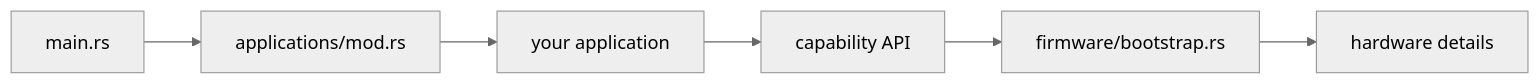
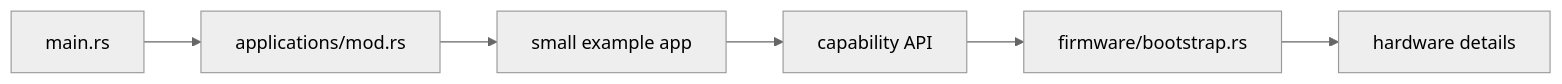
One commit to wackazong/hackandhike-2026 changed diagram 13 of 13 in README.md. Above: the diagram before and after it, drawn with Mermaid (neutral theme). The commit also changed other lines of this file, not shown here.

Commit message:
Document the three built-in applications

````diff
--- a/README.md
+++ b/README.md
@@ -1530,8 +1236,8 @@
 ```mermaid
 flowchart LR
-    A["main.rs"] --> B["applications/mod.rs"]
-    B --> C["your application"]
-    C --> D["capability API"]
-    D --> E["firmware/bootstrap.rs"]
-    E --> F["hardware details"]
+    Main["main.rs"] --> Selector["applications/mod.rs"]
+    Selector --> Small["small example app"]
+    Small --> Cap["capability API"]
+    Cap --> Boot["firmware/bootstrap.rs"]
+    Boot --> Driver["hardware details"]
 ```
````
